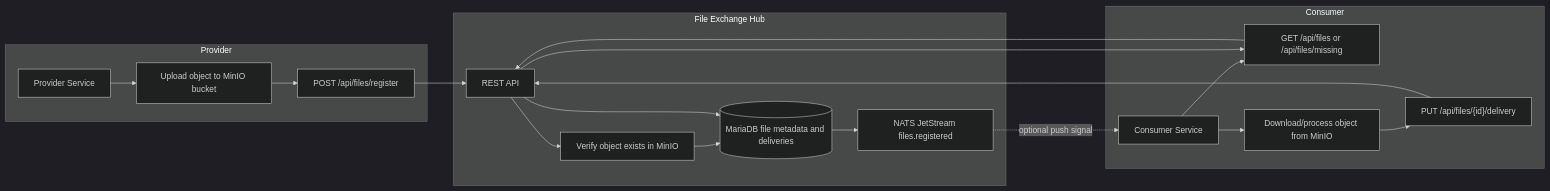
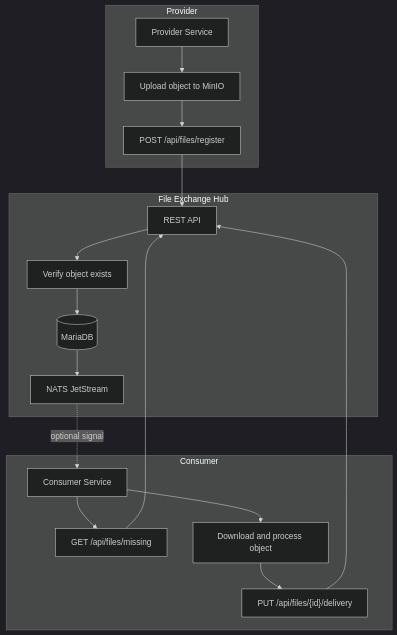
The diagram in README.md (hmchangm/file-exchange-hub), drawn with Mermaid (dark theme) before and after one commit.

Commit message:
docs: narrow runtime flow chart

````diff
--- a/README.md
+++ b/README.md
@@ -20,30 +20,23 @@
 ```mermaid
-flowchart LR
+flowchart TD
   subgraph Provider
-    P[Provider Service]
-    Upload[Upload object to MinIO bucket]
-    Register["POST /api/files/register"]
+    P[Provider Service] --> Upload[Upload object to MinIO]
+    Upload --> Register["POST /api/files/register"]
   end
 
   subgraph Hub[File Exchange Hub]
-    API[REST API]
-    Verify[Verify object exists in MinIO]
-    DB[(MariaDB file metadata and deliveries)]
-    Event[NATS JetStream files.registered]
+    Register --> API[REST API]
+    API --> Verify[Verify object exists]
+    Verify --> DB[(MariaDB)]
+    DB --> Event[NATS JetStream]
   end
 
   subgraph Consumer
-    C[Consumer Service]
-    Search["GET /api/files or /api/files/missing"]
-    Process[Download/process object from MinIO]
-    Mark["PUT /api/files/{id}/delivery"]
+    Event -. optional signal .-> C[Consumer Service]
+    C --> Search["GET /api/files/missing"]
+    Search --> API
+    C --> Process[Download and process object]
+    Process --> Mark["PUT /api/files/{id}/delivery"]
+    Mark --> API
   end
-
-  P --> Upload --> Register --> API
-  API --> Verify --> DB --> Event
-  C --> Search --> API
-  API --> Search
-  C --> Process --> Mark --> API
-  API --> DB
-  Event -. optional push signal .-> C
 ```
````
